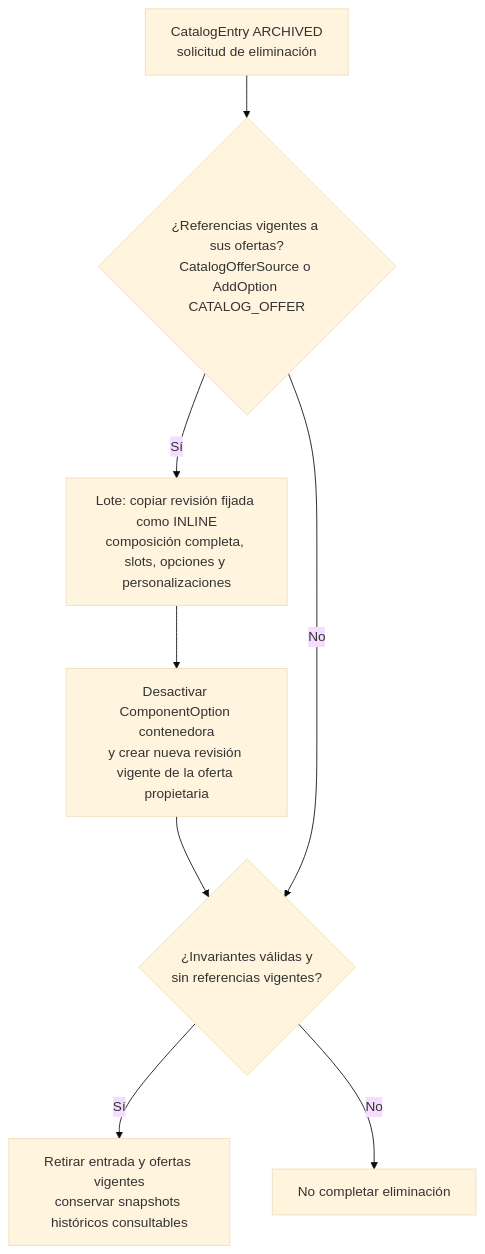
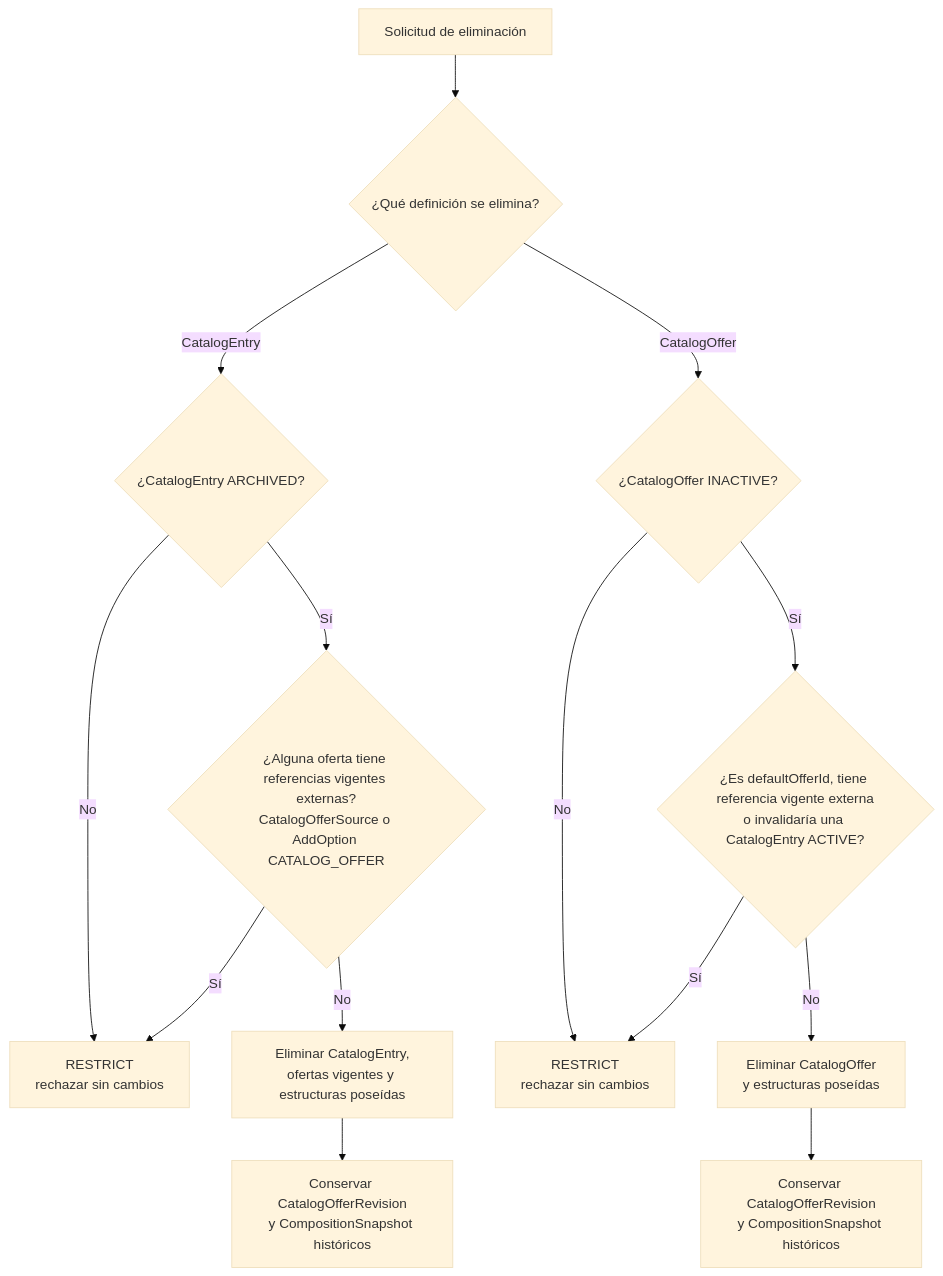
The third of 5 diagrams in docs/ers/architechture.md (FMAT-Restaurant/Menu-Documentation), drawn with Mermaid (base theme) before and after one commit. The commit also changed other lines of this file and 12 other files, not shown here.

````diff
--- a/docs/ers/architechture.md
+++ b/docs/ers/architechture.md
@@ -372,10 +363,18 @@
 ```mermaid
 flowchart TB
-    Archived["CatalogEntry ARCHIVED<br/>solicitud de eliminación"] --> References{"¿Referencias vigentes a sus ofertas?<br/>CatalogOfferSource o AddOption CATALOG_OFFER"}
-    References -->|Sí| Batch["Lote: copiar revisión fijada como INLINE<br/>composición completa, slots, opciones y personalizaciones"]
-    Batch --> Deactivate["Desactivar ComponentOption contenedora<br/>y crear nueva revisión vigente de la oferta propietaria"]
-    Deactivate --> Check{"¿Invariantes válidas y<br/>sin referencias vigentes?"}
-    References -->|No| Check
-    Check -->|Sí| Remove["Retirar entrada y ofertas vigentes<br/>conservar snapshots históricos consultables"]
-    Check -->|No| Cancel["No completar eliminación"]
+    Start["Solicitud de eliminación"] --> Kind{"¿Qué definición se elimina?"}
+
+    Kind -->|CatalogEntry| EntryState{"¿CatalogEntry ARCHIVED?"}
+    EntryState -->|No| RejectEntry["RESTRICT<br/>rechazar sin cambios"]
+    EntryState -->|Sí| EntryRefs{"¿Alguna oferta tiene referencias vigentes externas?<br/>CatalogOfferSource o AddOption CATALOG_OFFER"}
+    EntryRefs -->|Sí| RejectEntry
+    EntryRefs -->|No| DeleteEntry["Eliminar CatalogEntry,<br/>ofertas vigentes y estructuras poseídas"]
+    DeleteEntry --> EntryHistory["Conservar CatalogOfferRevision<br/>y CompositionSnapshot históricos"]
+
+    Kind -->|CatalogOffer| OfferState{"¿CatalogOffer INACTIVE?"}
+    OfferState -->|No| RejectOffer["RESTRICT<br/>rechazar sin cambios"]
+    OfferState -->|Sí| OfferRefs{"¿Es defaultOfferId, tiene referencia vigente externa<br/>o invalidaría una CatalogEntry ACTIVE?"}
+    OfferRefs -->|Sí| RejectOffer
+    OfferRefs -->|No| DeleteOffer["Eliminar CatalogOffer<br/>y estructuras poseídas"]
+    DeleteOffer --> OfferHistory["Conservar CatalogOfferRevision<br/>y CompositionSnapshot históricos"]
 ```
````
